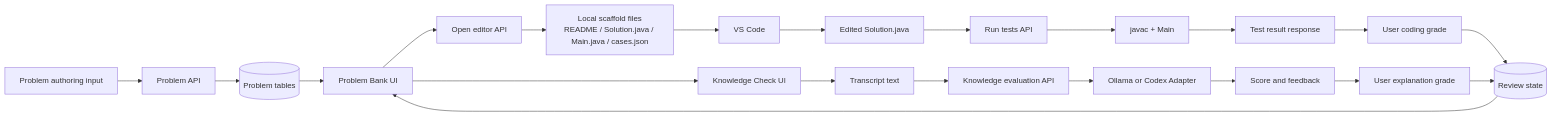
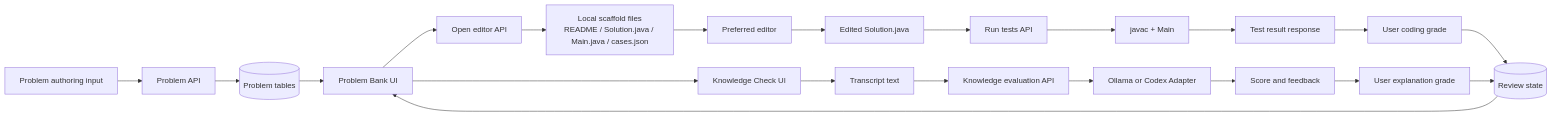
Diagram 15 of 15 in docs/architecture-diagrams.md (JuanVillegas95/JURO), drawn with Mermaid before and after one commit. The commit also changed other lines of this file and 35 other files, not shown here.

````diff
--- a/docs/architecture-diagrams.md
+++ b/docs/architecture-diagrams.md
@@ -735,26 +735,26 @@
 ```mermaid
 flowchart LR
   ProblemAuthor[Problem authoring input] --> ProblemAPI[Problem API]
   ProblemAPI --> ProblemDB[(Problem tables)]
   ProblemDB --> ProblemBank[Problem Bank UI]
 
   ProblemBank --> EditorAPI[Open editor API]
   EditorAPI --> ScaffoldFiles[Local scaffold files<br/>README / Solution.java / Main.java / cases.json]
-  ScaffoldFiles --> VSCode[VS Code]
-  VSCode --> Solution[Edited Solution.java]
+  ScaffoldFiles --> LocalEditor[Preferred editor]
+  LocalEditor --> Solution[Edited Solution.java]
   Solution --> RunAPI[Run tests API]
   RunAPI --> JavaRun[javac + Main]
   JavaRun --> TestResult[Test result response]
   TestResult --> CodingGrade[User coding grade]
   CodingGrade --> ReviewDB[(Review state)]
 
   ProblemBank --> KnowledgeUI[Knowledge Check UI]
   KnowledgeUI --> Transcript[Transcript text]
   Transcript --> AiAPI[Knowledge evaluation API]
   AiAPI --> LocalAI[Ollama or Codex Adapter]
   LocalAI --> AiFeedback[Score and feedback]
   AiFeedback --> ExplanationGrade[User explanation grade]
   ExplanationGrade --> ReviewDB
 
   ReviewDB --> ProblemBank
 ```
````
